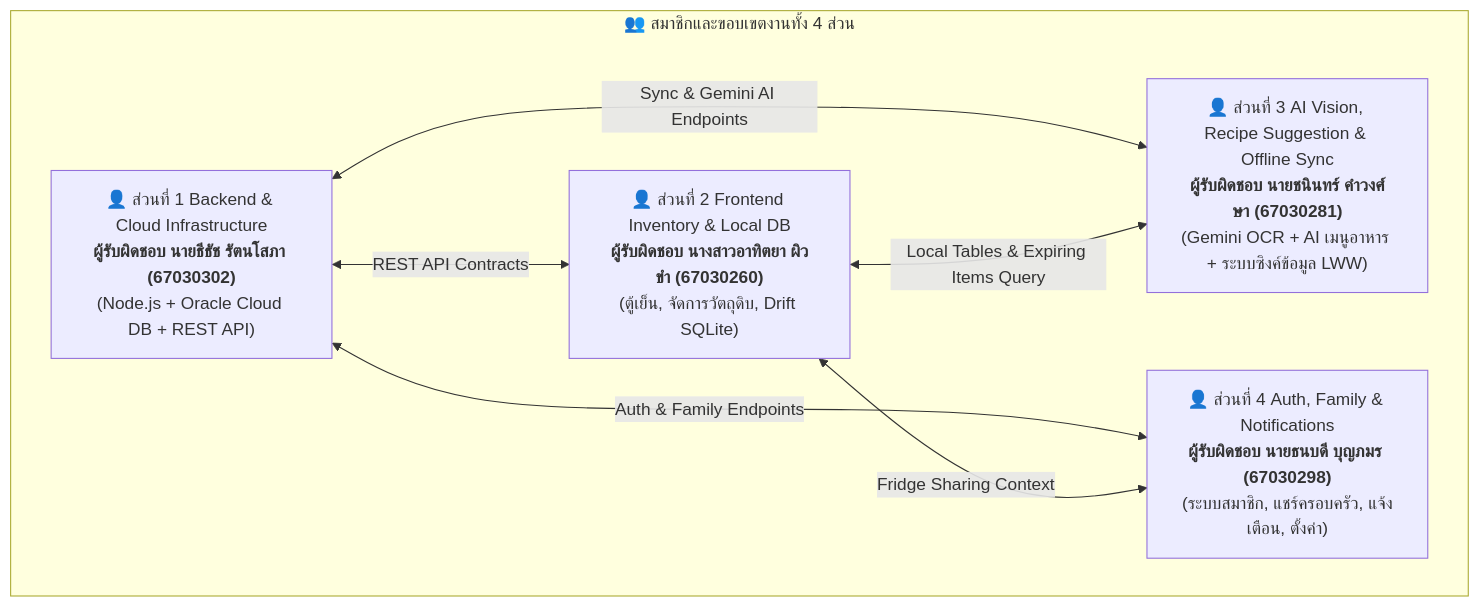
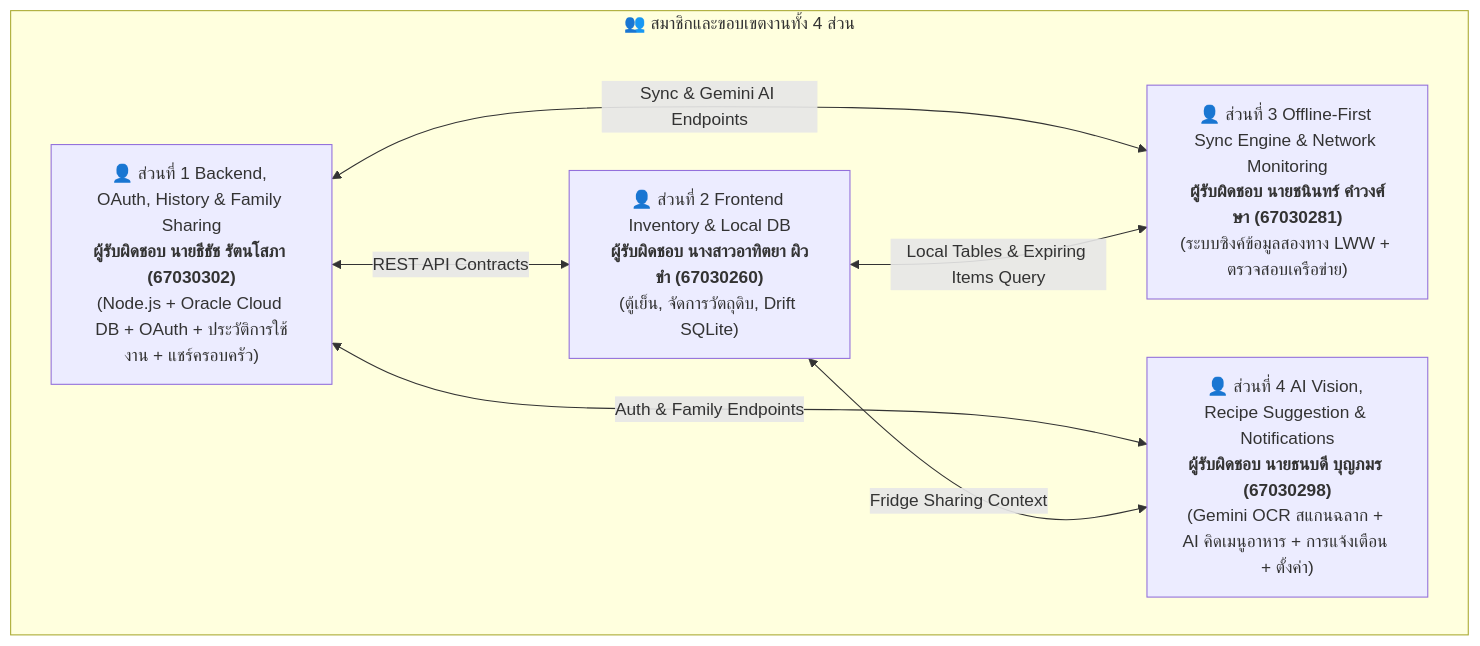
One commit to Tanabordi/FM-EAA changed the first of 2 diagrams in docs/TASKS.md. Above: the diagram before and after it, drawn with Mermaid. The commit also changed other lines of this file, not shown here.

````diff
--- a/docs/TASKS.md
+++ b/docs/TASKS.md
@@ -9,15 +9,15 @@
 ```mermaid
 flowchart TD
     subgraph Team ["👥 สมาชิกและขอบเขตงานทั้ง 4 ส่วน"]
-        M1["👤 ส่วนที่ 1 Backend & Cloud Infrastructure<br/><b>ผู้รับผิดชอบ นายธีธัช รัตนโสภา (67030302)</b><br/>(Node.js + Oracle Cloud DB + REST API)"]
+        M1["👤 ส่วนที่ 1 Backend, OAuth, History & Family Sharing<br/><b>ผู้รับผิดชอบ นายธีธัช รัตนโสภา (67030302)</b><br/>(Node.js + Oracle Cloud DB + OAuth + ประวัติการใช้งาน + แชร์ครอบครัว)"]
         M2["👤 ส่วนที่ 2 Frontend Inventory & Local DB<br/><b>ผู้รับผิดชอบ นางสาวอาทิตยา ผิวขำ (67030260)</b><br/>(ตู้เย็น, จัดการวัตถุดิบ, Drift SQLite)"]
-        M3["👤 ส่วนที่ 3 AI Vision, Recipe Suggestion & Offline Sync<br/><b>ผู้รับผิดชอบ นายชนินทร์ คำวงศ์ษา (67030281)</b><br/>(Gemini OCR + AI เมนูอาหาร + ระบบซิงค์ข้อมูล LWW)"]
-        M4["👤 ส่วนที่ 4 Auth, Family & Notifications<br/><b>ผู้รับผิดชอบ นายธนบดี บุญภมร (67030298)</b><br/>(ระบบสมาชิก, แชร์ครอบครัว, แจ้งเตือน, ตั้งค่า)"]
+        M3["👤 ส่วนที่ 3 Offline-First Sync Engine & Network Monitoring<br/><b>ผู้รับผิดชอบ นายชนินทร์ คำวงศ์ษา (67030281)</b><br/>(ระบบซิงค์ข้อมูลสองทาง LWW + ตรวจสอบเครือข่าย)"]
+        M4["👤 ส่วนที่ 4 AI Vision, Recipe Suggestion & Notifications<br/><b>ผู้รับผิดชอบ นายธนบดี บุญภมร (67030298)</b><br/>(Gemini OCR สแกนฉลาก + AI คิดเมนูอาหาร + การแจ้งเตือน + ตั้งค่า)"]
     end
 
     M1 <-->|"REST API Contracts"| M2
     M1 <-->|"Sync & Gemini AI Endpoints"| M3
     M1 <-->|"Auth & Family Endpoints"| M4
     M2 <-->|"Local Tables & Expiring Items Query"| M3
     M2 <-->|"Fridge Sharing Context"| M4
 ```
````
